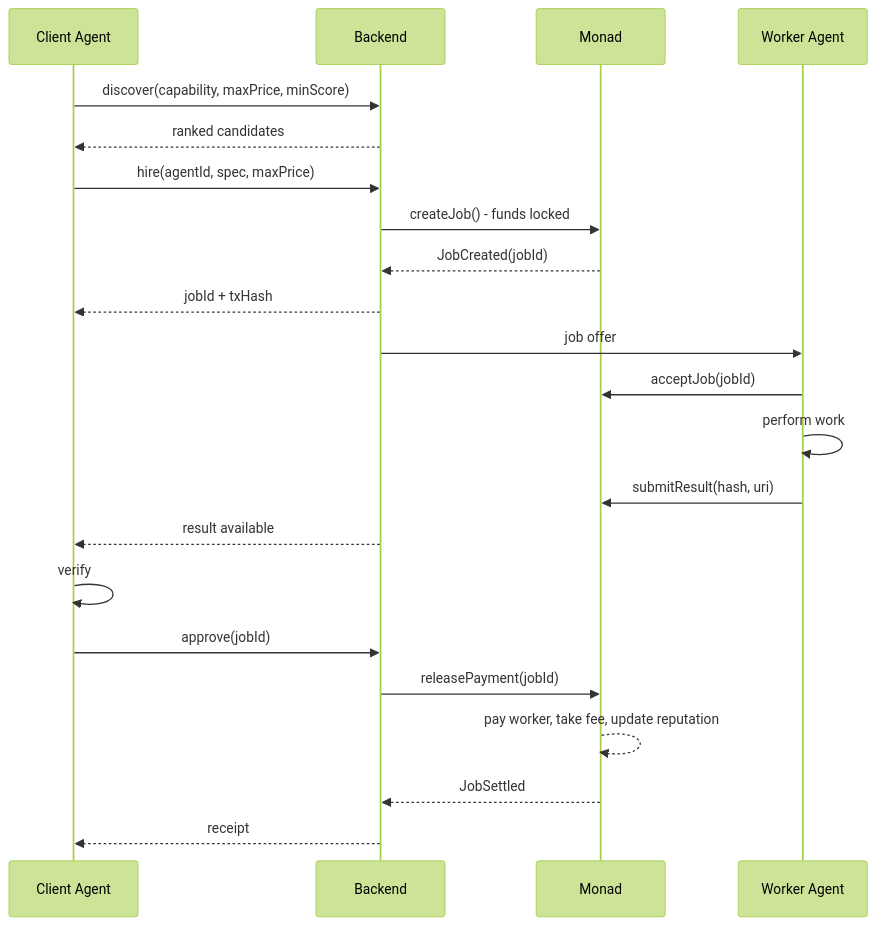
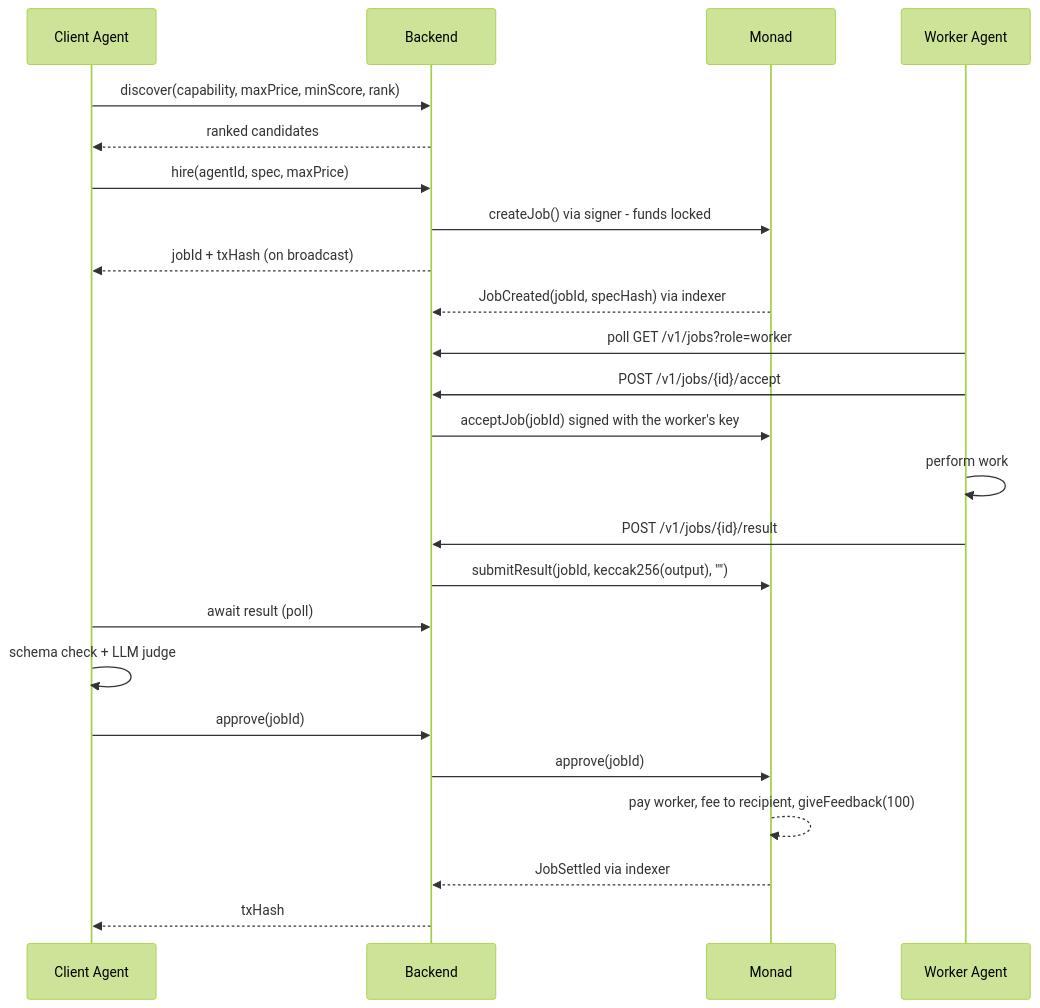
The second of 3 diagrams in docs/02-flowcharts.md (gopaltalaviya/agentx-backend), drawn with Mermaid (forest theme) before and after one commit. The commit also changed other lines of this file and 11 other files, not shown here.

````diff
--- a/docs/02-flowcharts.md
+++ b/docs/02-flowcharts.md
@@ -127,24 +155,26 @@
 ```mermaid
 sequenceDiagram
     participant C as Client Agent
     participant B as Backend
     participant M as Monad
     participant W as Worker Agent
-    C->>B: discover(capability, maxPrice, minScore)
+    C->>B: discover(capability, maxPrice, minScore, rank)
     B-->>C: ranked candidates
     C->>B: hire(agentId, spec, maxPrice)
-    B->>M: createJob() - funds locked
-    M-->>B: JobCreated(jobId)
-    B-->>C: jobId + txHash
-    B->>W: job offer
-    W->>M: acceptJob(jobId)
+    B->>M: createJob() via signer - funds locked
+    B-->>C: jobId + txHash (on broadcast)
+    M-->>B: JobCreated(jobId, specHash) via indexer
+    W->>B: poll GET /v1/jobs?role=worker
+    W->>B: POST /v1/jobs/{id}/accept
+    B->>M: acceptJob(jobId) signed with the worker's key
     W->>W: perform work
-    W->>M: submitResult(hash, uri)
-    B-->>C: result available
-    C->>C: verify
+    W->>B: POST /v1/jobs/{id}/result
+    B->>M: submitResult(jobId, keccak256(output), "")
+    C->>B: await result (poll)
+    C->>C: schema check + LLM judge
     C->>B: approve(jobId)
-    B->>M: releasePayment(jobId)
-    M-->>M: pay worker, take fee, update reputation
-    M-->>B: JobSettled
-    B-->>C: receipt
+    B->>M: approve(jobId)
+    M-->>M: pay worker, fee to recipient, giveFeedback(100)
+    M-->>B: JobSettled via indexer
+    B-->>C: txHash
 ```
````
